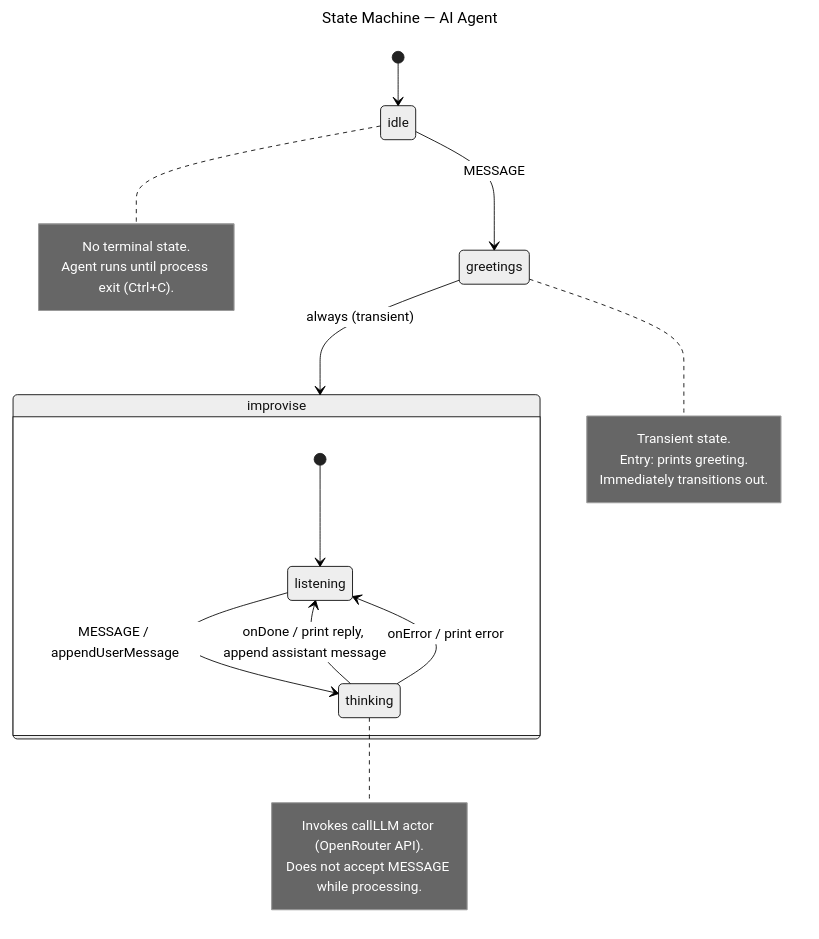
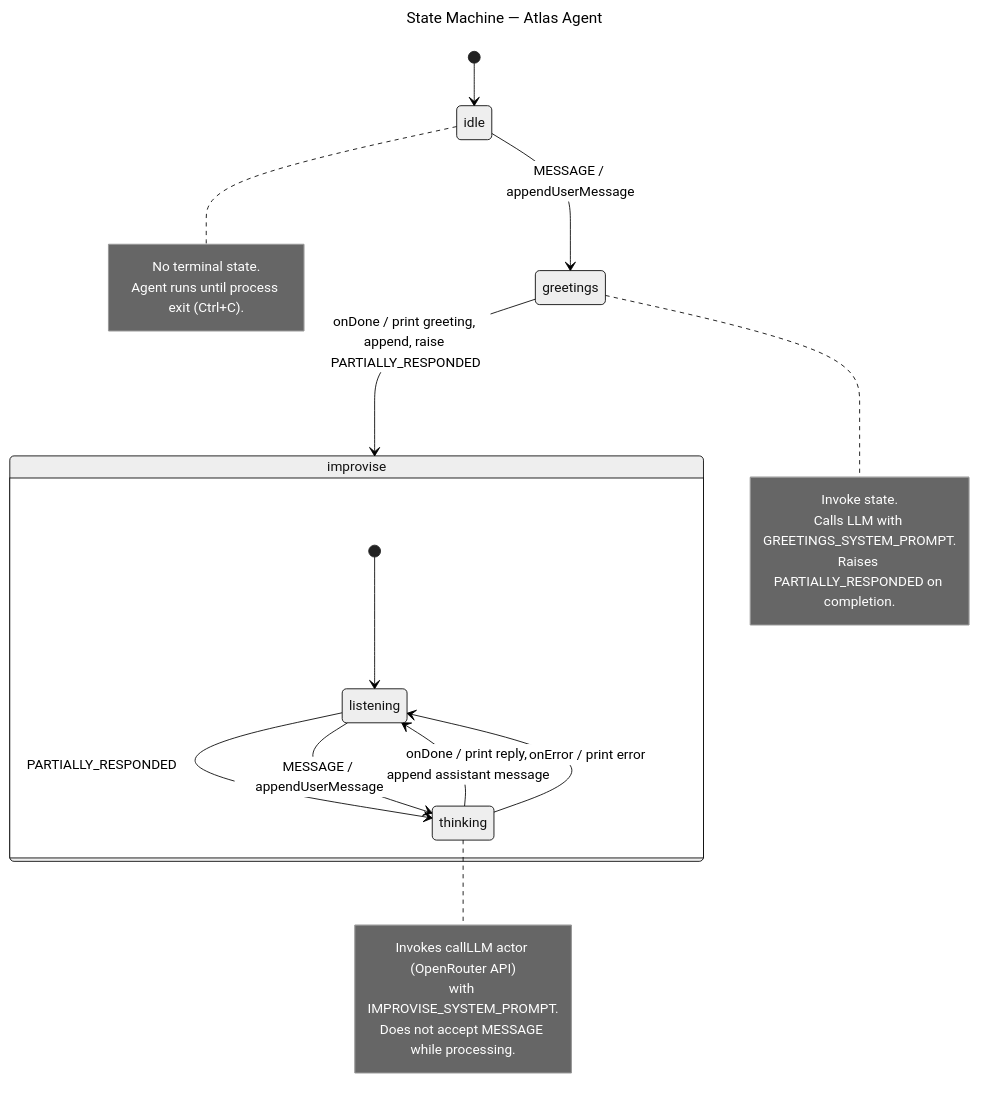
Before and after one commit to EduardoRenani/ai-agent-xstate: the fourth of 4 diagrams in README.md, drawn with Mermaid (neutral theme). The commit also changed other lines of this file and 6 other files, not shown here.

First line of the commit message:
docs: update architecture diagrams and README for Atlas identity and PARTIALLY_RESPONDED flow

````diff
--- a/README.md
+++ b/README.md
@@ -111,35 +114,37 @@
 ```mermaid
 ---
-title: State Machine — AI Agent
+title: State Machine — Atlas Agent
 ---
 stateDiagram-v2
     [*] --> idle
 
-    idle --> greetings: MESSAGE
+    idle --> greetings: MESSAGE / appendUserMessage
 
-    greetings --> improvise: always (transient)
+    greetings --> improvise: onDone / print greeting, append, raise PARTIALLY_RESPONDED
 
     state improvise {
         [*] --> listening
 
+        listening --> thinking: PARTIALLY_RESPONDED
         listening --> thinking: MESSAGE / appendUserMessage
         thinking --> listening: onDone / print reply, append assistant message
         thinking --> listening: onError / print error
     }
 
     note right of greetings
-        Transient state.
-        Entry: prints greeting.
-        Immediately transitions out.
+        Invoke state.
+        Calls LLM with GREETINGS_SYSTEM_PROMPT.
+        Raises PARTIALLY_RESPONDED on completion.
     end note
 
     note right of thinking
-        Invokes callLLM actor (OpenRouter API).
+        Invokes callLLM actor (OpenRouter API)
+        with IMPROVISE_SYSTEM_PROMPT.
         Does not accept MESSAGE while processing.
     end note
 
     note right of idle
         No terminal state.
         Agent runs until process exit (Ctrl+C).
     end note
 ```
````
